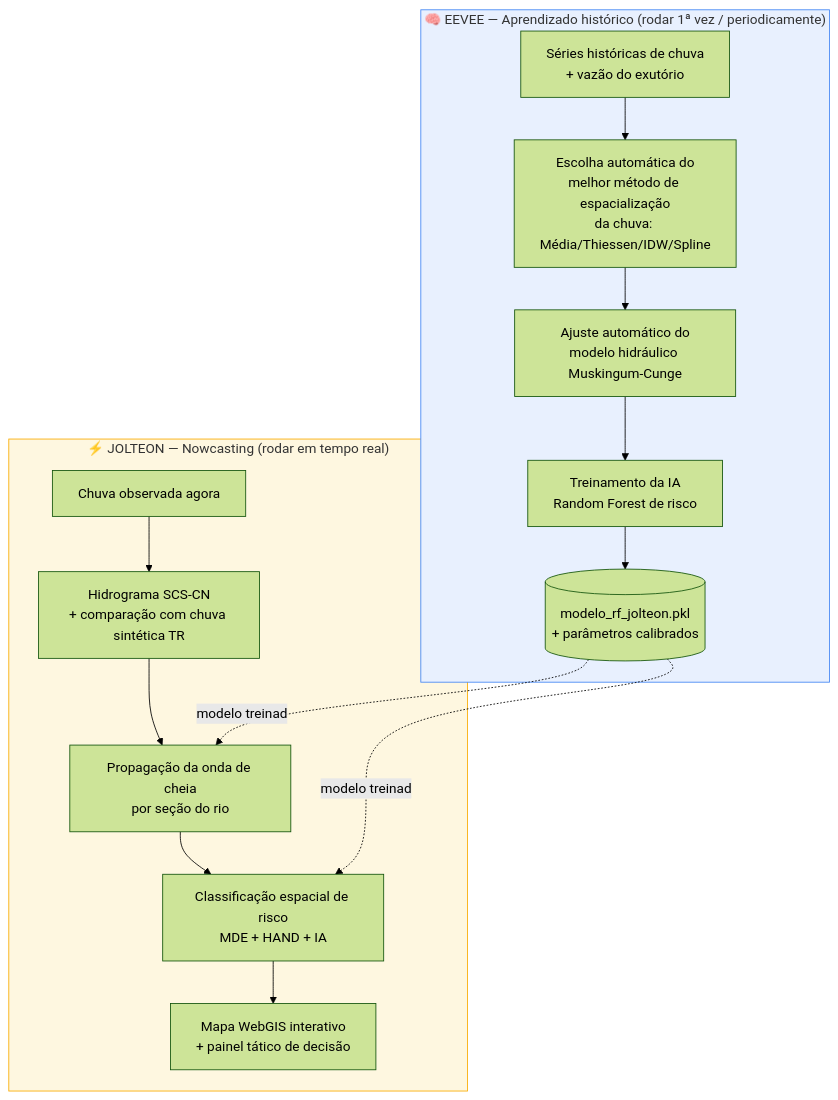
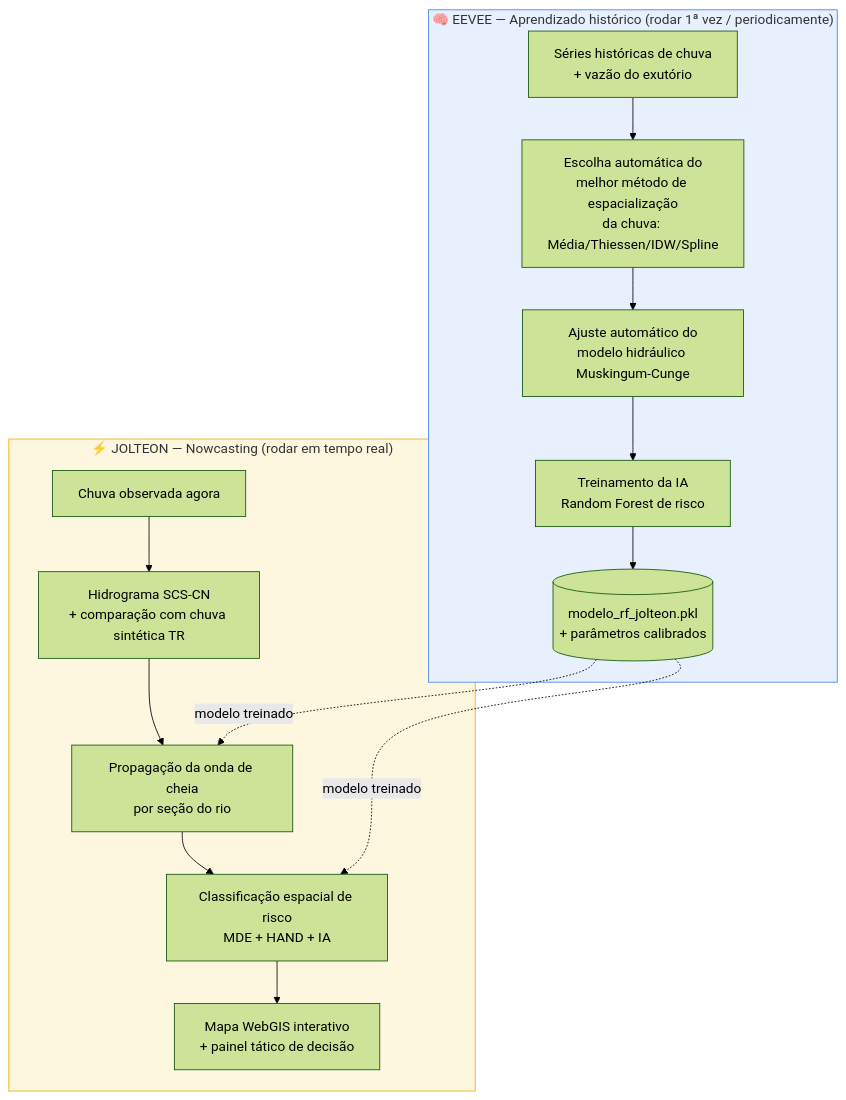
One commit to fcg120/Sistema_nowcasting_UNIFEI changed the diagram in README.md. Above: the diagram before and after it, drawn with Mermaid (forest theme).

````diff
--- a/README.md
+++ b/README.md
@@ -14,22 +14,22 @@
 ```mermaid
 flowchart TD
     subgraph EEVEE["🧠 EEVEE — Aprendizado histórico (rodar 1ª vez / periodicamente)"]
         A[Séries históricas de chuva<br/>+ vazão do exutório] --> B[Escolha automática do<br/>melhor método de espacialização<br/>da chuva: Média/Thiessen/IDW/Spline]
         B --> C[ Ajuste automático do<br/>modelo hidráulico Muskingum-Cunge]
         C --> D[Treinamento da IA<br/>Random Forest de risco]
         D --> E[(modelo_rf_jolteon.pkl<br/>+ parâmetros calibrados)]
     end
 
     subgraph JOLTEON["⚡ JOLTEON — Nowcasting (rodar em tempo real)"]
         F[Chuva observada agora] --> G[Hidrograma SCS-CN<br/>+ comparação com chuva sintética TR]
         G --> H[Propagação da onda de cheia<br/>por seção do rio]
         H --> I[Classificação espacial de risco<br/>MDE + HAND + IA]
         I --> J[Mapa WebGIS interativo<br/>+ painel tático de decisão]
     end
 
-    E -.modelo treinado.-> H
-    E -.modelo treinado.-> I
+    E -.modelo treinado .-> H
+    E -.modelo treinado .-> I
 
     style EEVEE fill:#e8f0fe,stroke:#4285f4
     style JOLTEON fill:#fef7e0,stroke:#f9ab00
 ```
````
